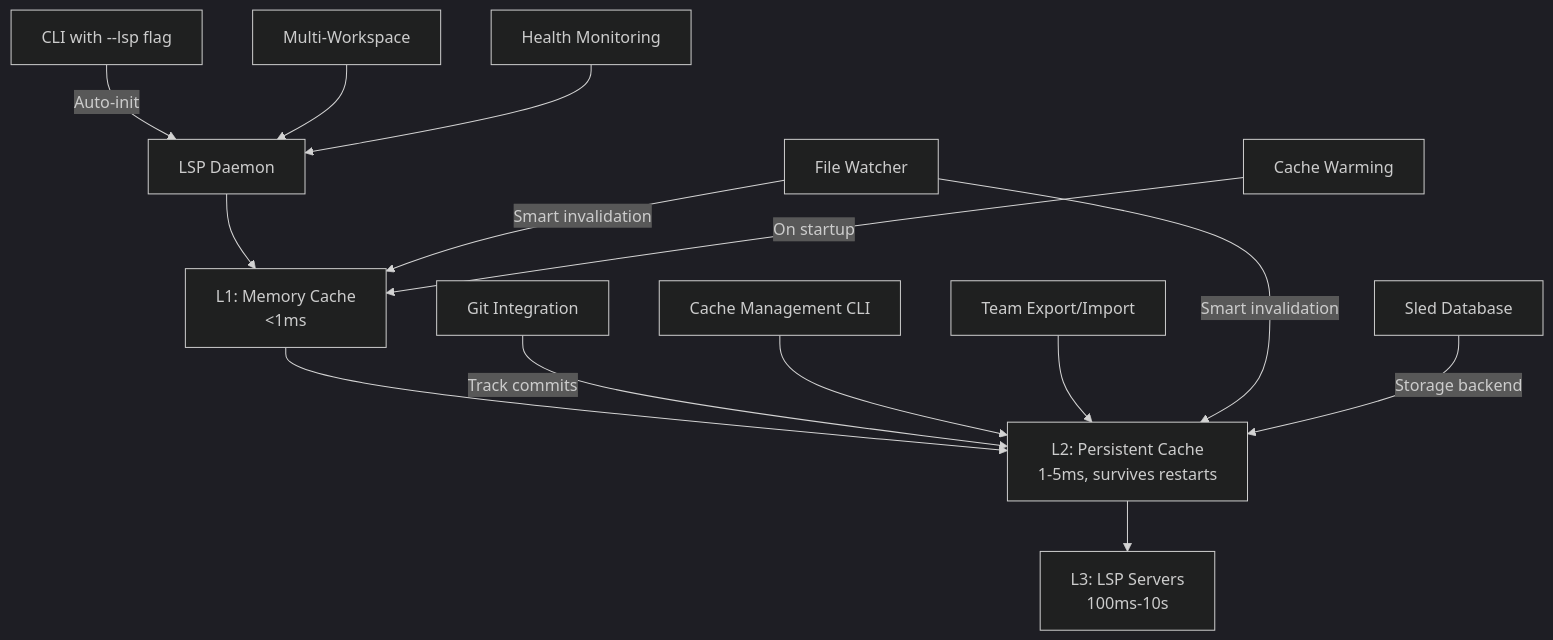
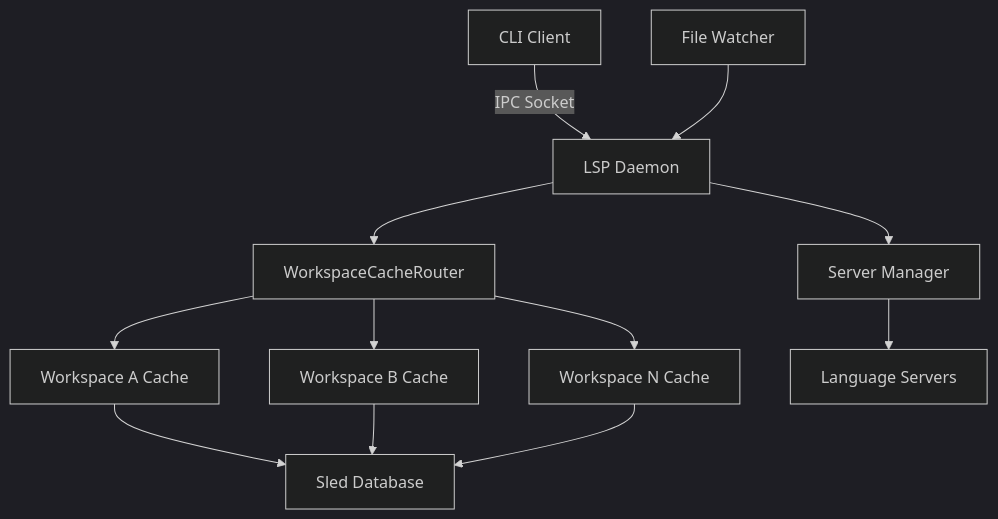
Before and after one commit to probelabs/probe: the diagram in updated_pr_description.md, drawn with Mermaid (dark theme). The commit also changed other lines of this file and 13 other files, not shown here.

````diff
--- a/updated_pr_description.md
+++ b/updated_pr_description.md
@@ -201,15 +205,12 @@
 ```mermaid
 graph TB
-    A[CLI with --lsp flag] -->|Auto-init| B[LSP Daemon]
-    B --> C[L1: Memory Cache<br/><1ms]
-    C --> D[L2: Persistent Cache<br/>1-5ms, survives restarts]
-    D --> E[L3: LSP Servers<br/>100ms-10s]
-    F[Git Integration] -->|Track commits| D
-    G[Cache Management CLI] --> D
-    H[Team Export/Import] --> D
-    I[File Watcher] -->|Smart invalidation| C & D
-    J[Cache Warming] -->|On startup| C
-    K[Sled Database] -->|Storage backend| D
-    L[Multi-Workspace] --> B
-    M[Health Monitoring] --> B
+    A[CLI Client] -->|IPC Socket| B[LSP Daemon]
+    B --> C[WorkspaceCacheRouter]
+    C --> D[Workspace A Cache]
+    C --> E[Workspace B Cache] 
+    C --> F[Workspace N Cache]
+    D & E & F --> G[Sled Database]
+    B --> H[Server Manager]
+    H --> I[Language Servers]
+    J[File Watcher] --> B
 ```
````
